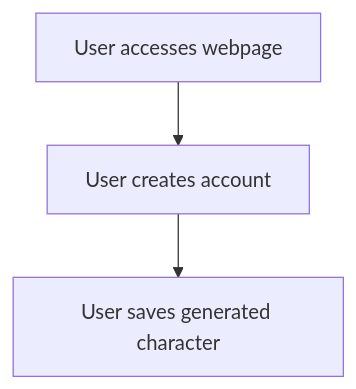
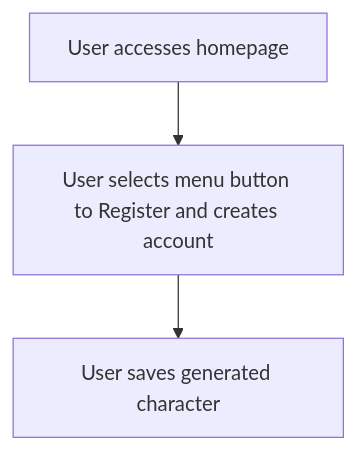
One commit to Wren00/create-an-orc changed the third of 6 diagrams in README.md. Above: the diagram before and after it, drawn with Mermaid. The commit also changed other lines of this file, not shown here.

````diff
--- a/README.md
+++ b/README.md
@@ -573,4 +547,4 @@
 ```mermaid
 flowchart TD
- 	A[User accesses webpage]  --> B[User creates account] --> C[User saves generated character]
+ 	A[User accesses homepage]  --> B[User selects menu button to Register and creates account] --> C[User saves generated character]
 ```
````
